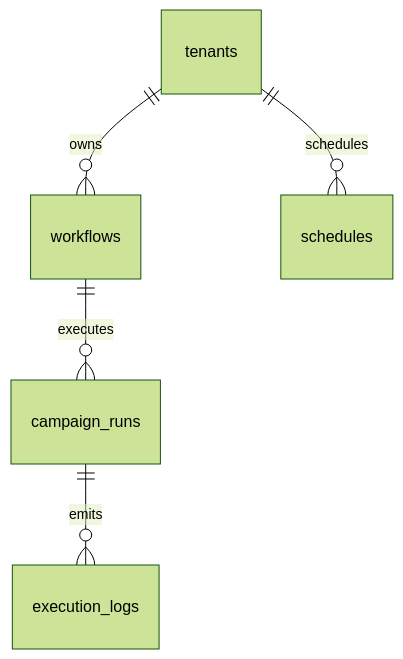
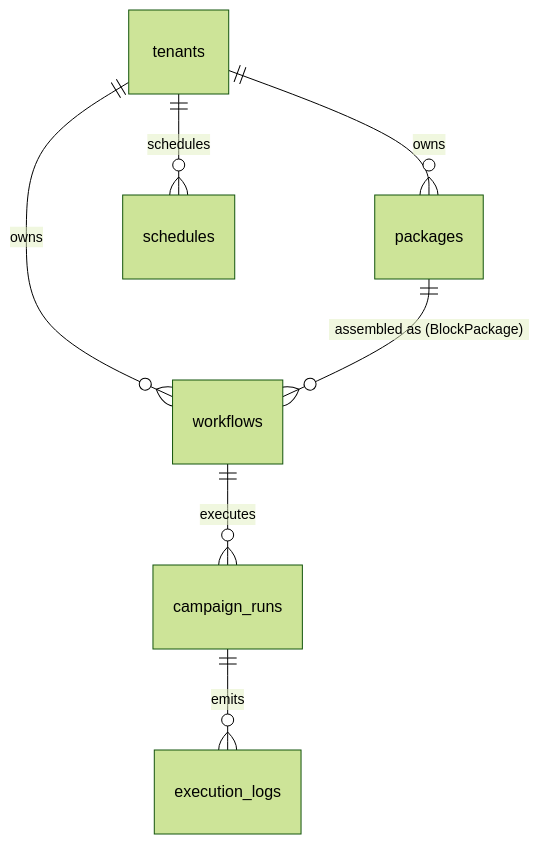
Before and after one commit to tuquet/cloud: the diagram in supabase/plugins/workflows/README.md, drawn with Mermaid (forest theme). The commit also changed other lines of this file and 8 other files, not shown here.

````diff
--- a/supabase/plugins/workflows/README.md
+++ b/supabase/plugins/workflows/README.md
@@ -26,7 +26,9 @@
 ```mermaid
 erDiagram
     tenants ||--o{ workflows : "owns"
+    tenants ||--o{ packages : "owns"
     tenants ||--o{ schedules : "schedules"
+    packages ||--o{ workflows : "assembled as (BlockPackage)"
     workflows ||--o{ campaign_runs : "executes"
     campaign_runs ||--o{ execution_logs : "emits"
 ```
````
